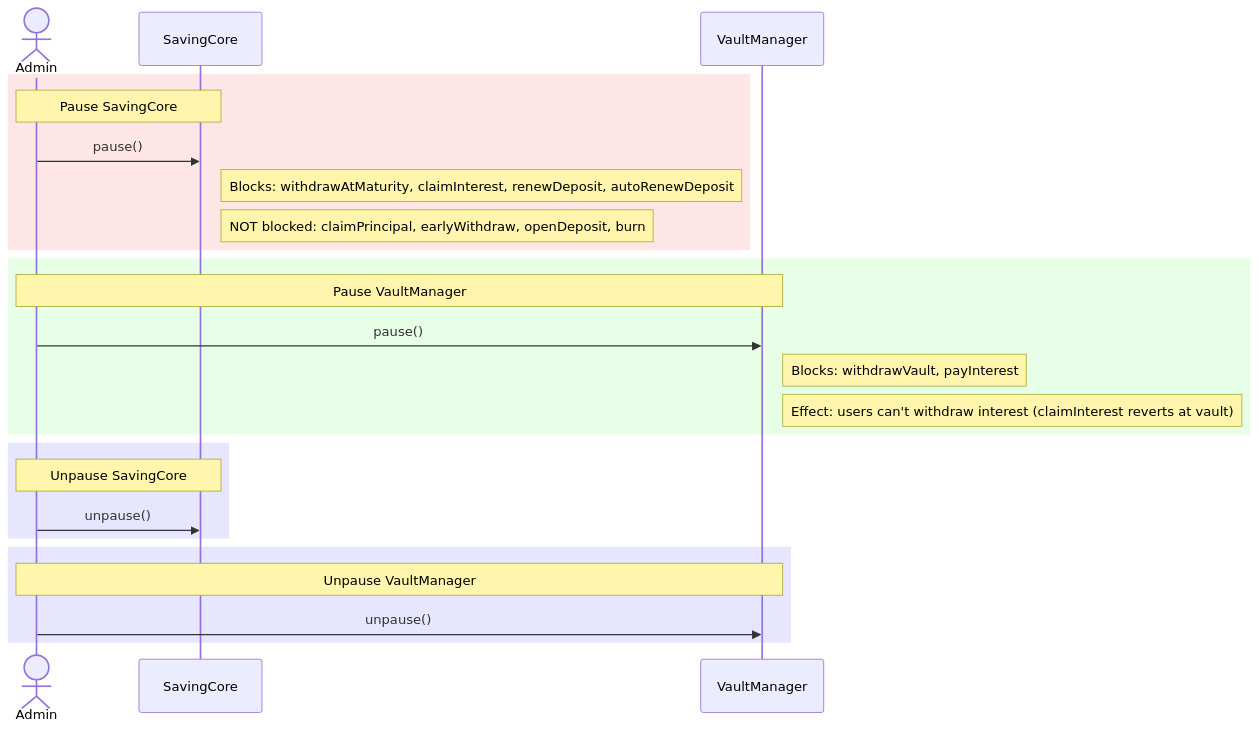
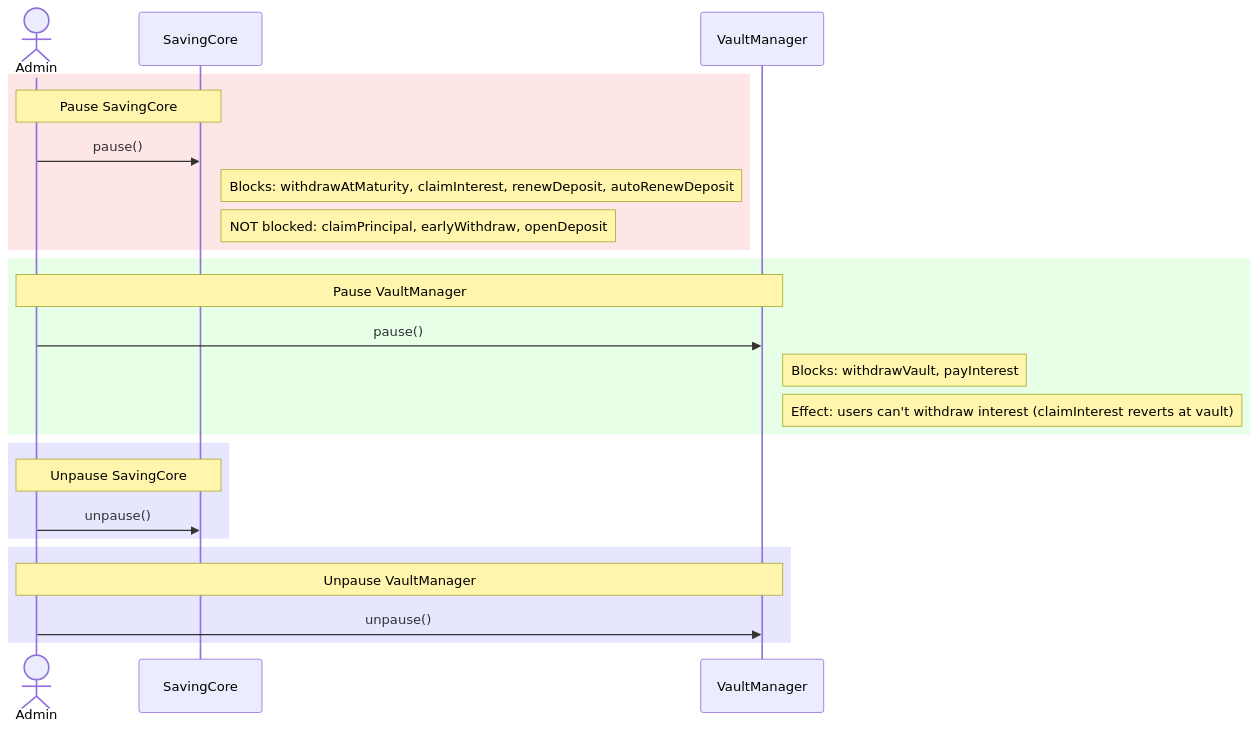
One commit to yang-sin-pal/AC_BlockChain_Online_Saving changed diagram 12 of 13 in docs/diagrams/sequence-diagram.md. Above: the diagram before and after it, drawn with Mermaid. The commit also changed other lines of this file and 23 other files, not shown here.

First line of the commit message:
refactor: remove burn function and related logic from ISavingCore and implementation

````diff
--- a/docs/diagrams/sequence-diagram.md
+++ b/docs/diagrams/sequence-diagram.md
@@ -347,30 +326,30 @@
 ```mermaid
 sequenceDiagram
     actor Admin
     participant Core as SavingCore
     participant Vault as VaultManager
 
     rect rgb(255, 230, 230)
         Note over Admin,Core: Pause SavingCore
         Admin->>Core: pause()
         Note right of Core: Blocks: withdrawAtMaturity, claimInterest, renewDeposit, autoRenewDeposit
-        Note right of Core: NOT blocked: claimPrincipal, earlyWithdraw, openDeposit, burn
+        Note right of Core: NOT blocked: claimPrincipal, earlyWithdraw, openDeposit
     end
 
     rect rgb(230, 255, 230)
         Note over Admin,Vault: Pause VaultManager
         Admin->>Vault: pause()
         Note right of Vault: Blocks: withdrawVault, payInterest
         Note right of Vault: Effect: users can't withdraw interest (claimInterest reverts at vault)
     end
 
     rect rgb(230, 230, 255)
         Note over Admin,Core: Unpause SavingCore
         Admin->>Core: unpause()
     end
 
     rect rgb(230, 230, 255)
         Note over Admin,Vault: Unpause VaultManager
         Admin->>Vault: unpause()
     end
 ```
````
